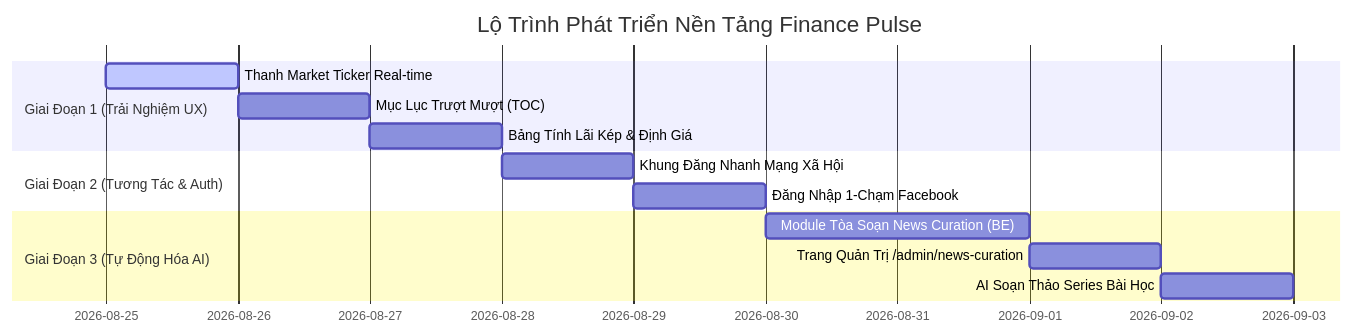
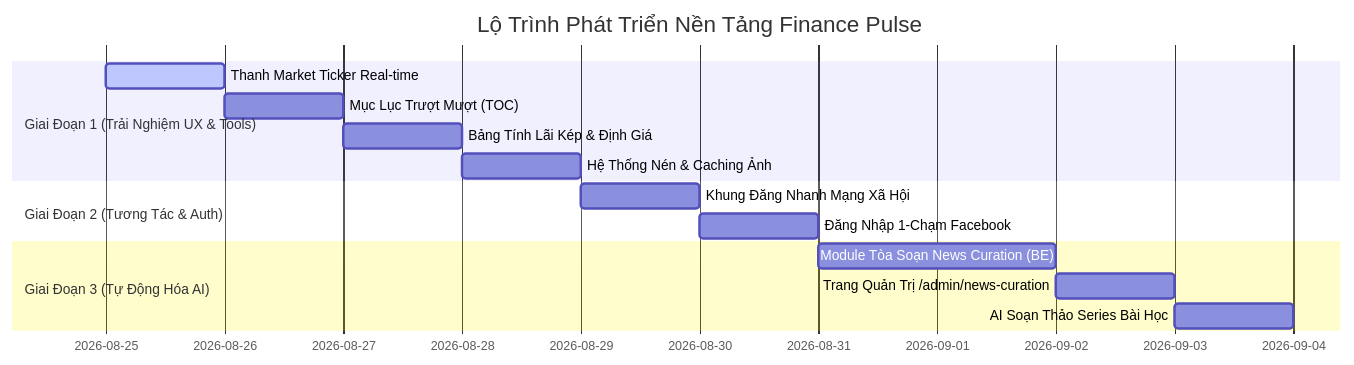
The diagram in ROADMAP_CHUC_NANG_BO_SUNG.md (hoangdev8653/finance-community), drawn with Mermaid before and after one commit. The commit also changed other lines of this file, not shown here.

Commit message:
docs: add image optimization and caching pipeline to roadmap

````diff
--- a/ROADMAP_CHUC_NANG_BO_SUNG.md
+++ b/ROADMAP_CHUC_NANG_BO_SUNG.md
@@ -112,16 +122,17 @@
 ```mermaid
 gantt
     title Lộ Trình Phát Triển Nền Tảng Finance Pulse
     dateFormat  YYYY-MM-DD
-    section Giai Đoạn 1 (Trải Nghiệm UX)
+    section Giai Đoạn 1 (Trải Nghiệm UX & Tools)
     Thanh Market Ticker Real-time       :active, p1, 2026-08-25, 1d
     Mục Lục Trượt Mượt (TOC)            :p2, after p1, 1d
     Bảng Tính Lãi Kép & Định Giá        :p3, after p2, 1d
+    Hệ Thống Nén & Caching Ảnh          :p4, after p3, 1d
     section Giai Đoạn 2 (Tương Tác & Auth)
-    Khung Đăng Nhanh Mạng Xã Hội        :p4, after p3, 1d
-    Đăng Nhập 1-Chạm Facebook           :p5, after p4, 1d
+    Khung Đăng Nhanh Mạng Xã Hội        :p5, after p4, 1d
+    Đăng Nhập 1-Chạm Facebook           :p6, after p5, 1d
     section Giai Đoạn 3 (Tự Động Hóa AI)
-    Module Tòa Soạn News Curation (BE)  :p6, after p5, 2d
-    Trang Quản Trị /admin/news-curation :p7, after p6, 1d
-    AI Soạn Thảo Series Bài Học         :p8, after p7, 1d
+    Module Tòa Soạn News Curation (BE)  :p7, after p6, 2d
+    Trang Quản Trị /admin/news-curation :p8, after p7, 1d
+    AI Soạn Thảo Series Bài Học         :p9, after p8, 1d
 ```
````
